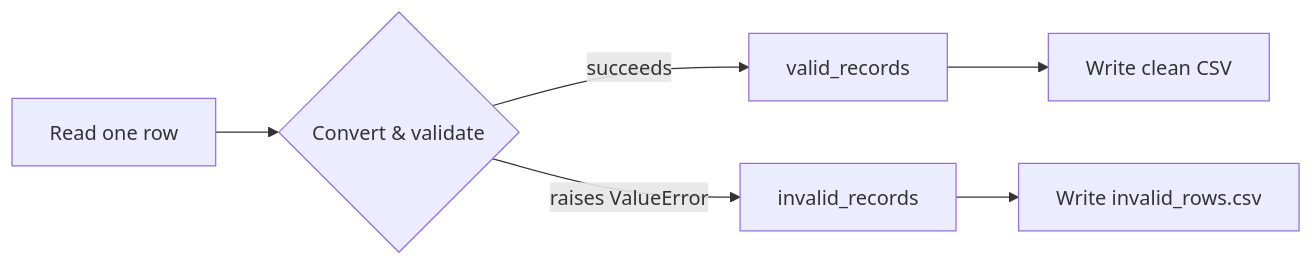
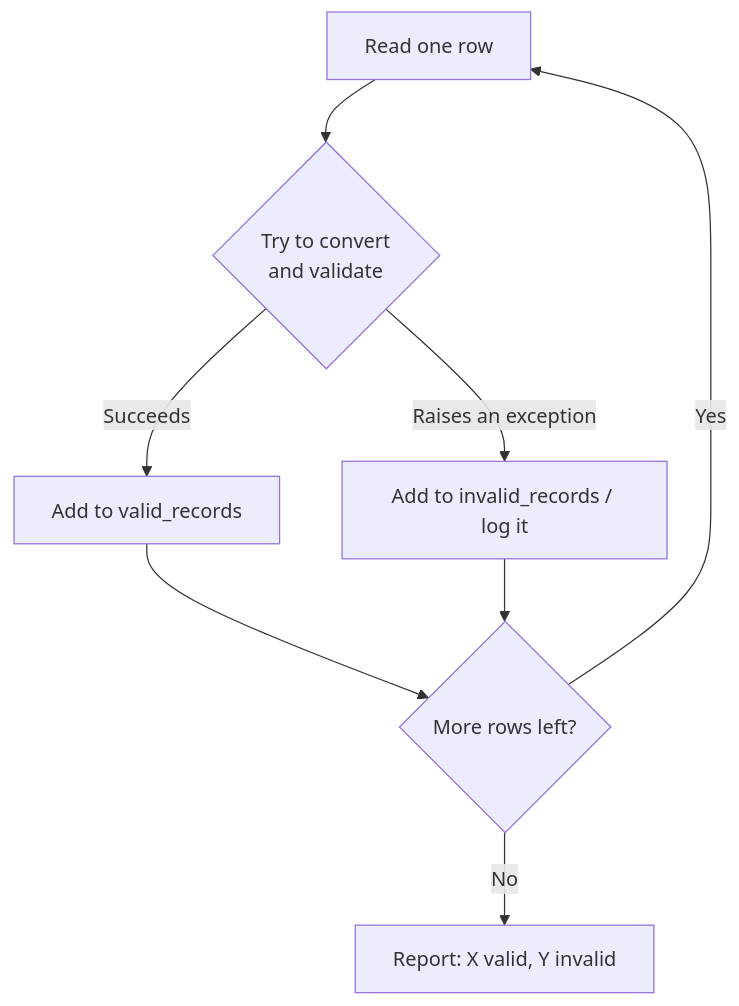
The diagram in CRESCENT/python-foundations/modules/p5-files-exception-handling/unit-5-3-case-study.md (Kaveripriya/AI-Academy), drawn with Mermaid before and after one commit. The commit also changed other lines of this file and 19 other files, not shown here.

````diff
--- a/CRESCENT/python-foundations/modules/p5-files-exception-handling/unit-5-3-case-study.md
+++ b/CRESCENT/python-foundations/modules/p5-files-exception-handling/unit-5-3-case-study.md
@@ -98,8 +133,10 @@
 ```mermaid
-flowchart LR
-    A[Read one row] --> B{Convert & validate}
-    B -->|succeeds| C[valid_records]
-    B -->|raises ValueError| D[invalid_records]
-    C --> E[Write clean CSV]
-    D --> F[Write invalid_rows.csv]
+flowchart TD
+    A[Read one row] --> B{Try to convert<br/>and validate}
+    B -->|Succeeds| C[Add to valid_records]
+    B -->|Raises an exception| D[Add to invalid_records / log it]
+    C --> E{More rows left?}
+    D --> E
+    E -->|Yes| A
+    E -->|No| F[Report: X valid, Y invalid]
 ```
````
